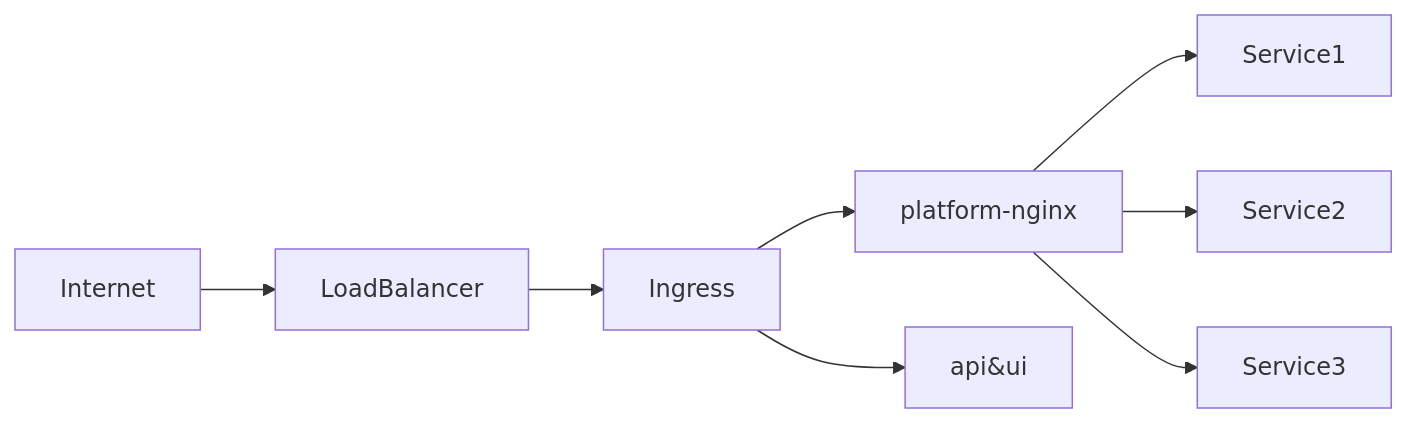
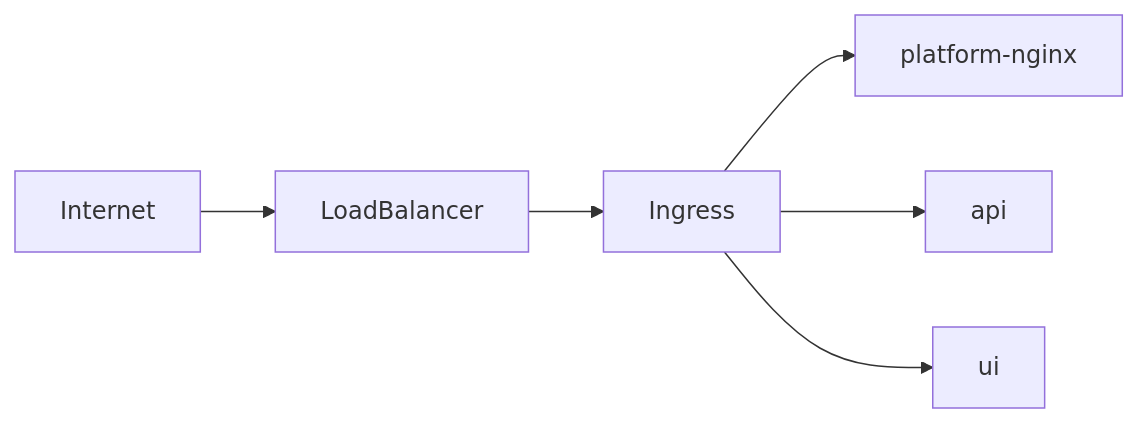
Before and after one commit to wbstack/docs: the first of 2 diagrams in tech/infra.md, drawn with Mermaid. The commit also changed other lines of this file, not shown here.

Commit message:
Simplify infra and add another diagram

````diff
--- a/tech/infra.md
+++ b/tech/infra.md
@@ -16,8 +11,6 @@
 ```mermaid
-graph LR;
-    Internet-->LoadBalancer-->Ingress-->platform-nginx;
-    platform-nginx-->Service1;
-    platform-nginx-->Service2;
-    platform-nginx-->Service3;
-    Ingress-->api&ui
+graph LR
+    Internet-->LoadBalancer-->Ingress-->platform-nginx
+    Ingress-->api
+    Ingress-->ui
 ```
````
